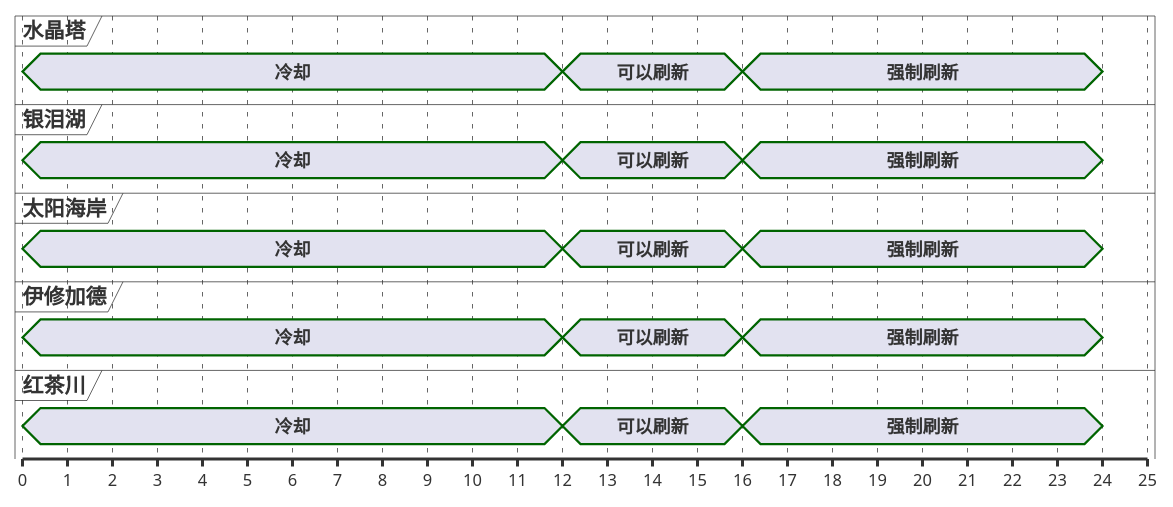
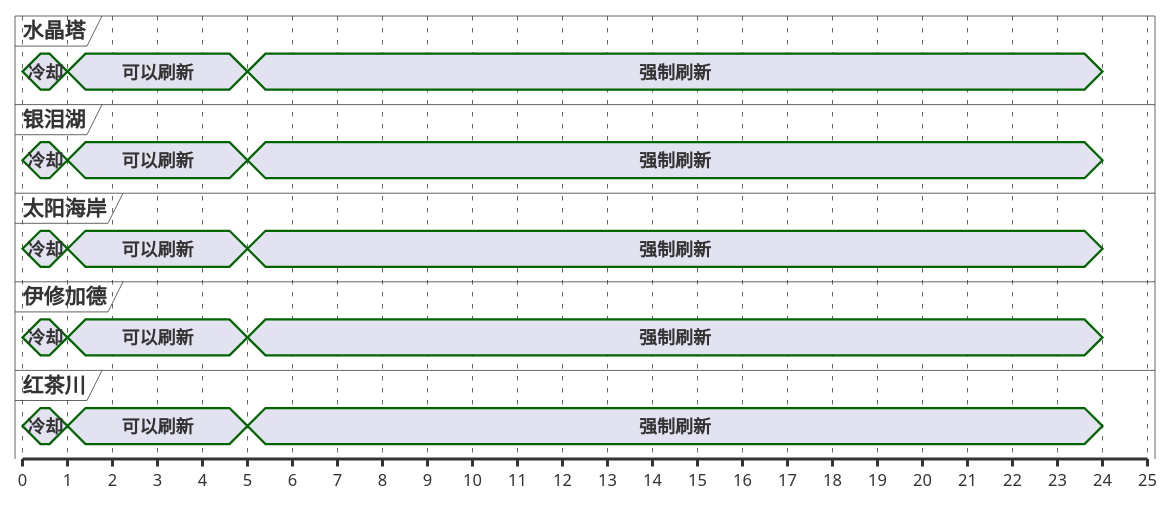
One commit to Eroleice/doc-pi changed the fourth of 13 diagrams in ffxiv/hunt/2.0/Zona-Seeker.md. Above: the diagram before and after it, drawn with PlantUML. The commit also changed other lines of this file and 38 other files, not shown here.

````diff
--- a/ffxiv/hunt/2.0/Zona-Seeker.md
+++ b/ffxiv/hunt/2.0/Zona-Seeker.md
@@ -224,42 +204,42 @@
 ```plantuml
 @startuml
 scale 1 as 30 pixels
 
 concise 水晶塔
 concise 银泪湖
 concise 太阳海岸
 concise 伊修加德
 concise 红茶川
 
 @水晶塔
 0 is 冷却
-12 is 可以刷新
-16 is 强制刷新
+1 is 可以刷新
+5 is 强制刷新
 24 is {hidden}
 
 @银泪湖
 0 is 冷却
-12 is 可以刷新
-16 is 强制刷新
+1 is 可以刷新
+5 is 强制刷新
 24 is {hidden}
 
 @红茶川
 0 is 冷却
-12 is 可以刷新
-16 is 强制刷新
+1 is 可以刷新
+5 is 强制刷新
 24 is {hidden}
 
 @太阳海岸
 0 is 冷却
-12 is 可以刷新
-16 is 强制刷新
+1 is 可以刷新
+5 is 强制刷新
 24 is {hidden}
 
 @伊修加德
 0 is 冷却
-12 is 可以刷新
-16 is 强制刷新
+1 is 可以刷新
+5 is 强制刷新
 24 is {hidden}
 
 @enduml
 ```
````
